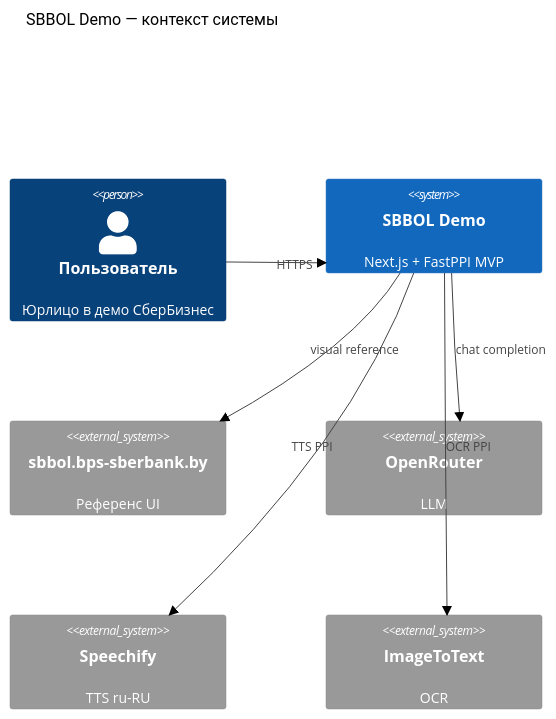
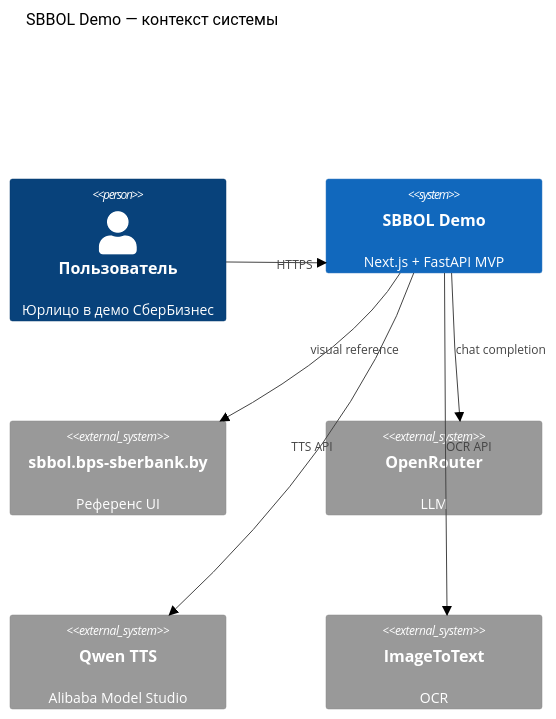
One commit to grrraaaa/mvp changed the first of 5 diagrams in docs/ARCHITECTURE.md. Above: the diagram before and after it, drawn with Mermaid (neutral theme). The commit also changed other lines of this file and 56 other files, not shown here.

````diff
--- a/docs/ARCHITECTURE.md
+++ b/docs/ARCHITECTURE.md
@@ -17,17 +17,17 @@
 ```mermaid
 C4Context
     title SBBOL Demo — контекст системы
 
     Person(user, "Пользователь", "Юрлицо в демо СберБизнес")
-    System(demo, "SBBOL Demo", "Next.js + FastPPI MVP")
+    System(demo, "SBBOL Demo", "Next.js + FastAPI MVP")
     System_Ext(sbbol, "sbbol.bps-sberbank.by", "Референс UI")
     System_Ext(or, "OpenRouter", "LLM")
-    System_Ext(sp, "Speechify", "TTS ru-RU")
+    System_Ext(qwen, "Qwen TTS", "Alibaba Model Studio")
     System_Ext(ocr, "ImageToText", "OCR")
 
     Rel(user, demo, "HTTPS")
     Rel(demo, or, "chat completion")
-    Rel(demo, sp, "TTS PPI")
-    Rel(demo, ocr, "OCR PPI")
+    Rel(demo, qwen, "TTS API")
+    Rel(demo, ocr, "OCR API")
     Rel(demo, sbbol, "visual reference")
 ```
````
